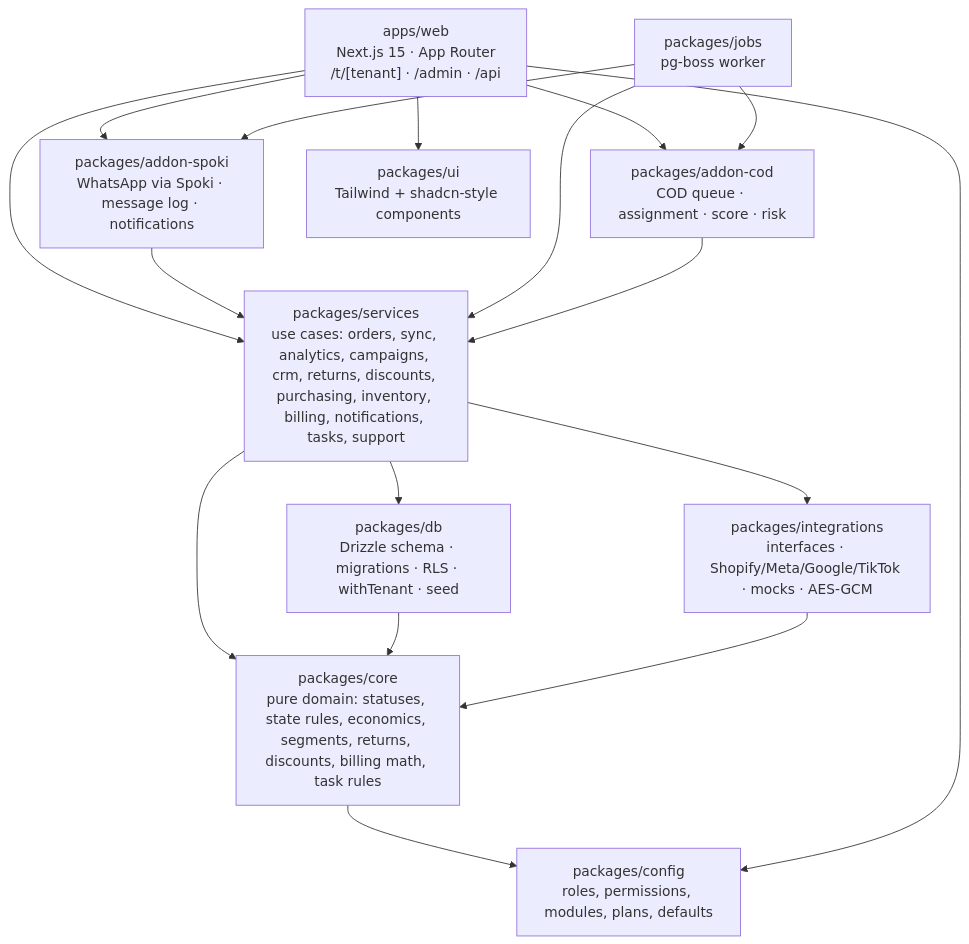
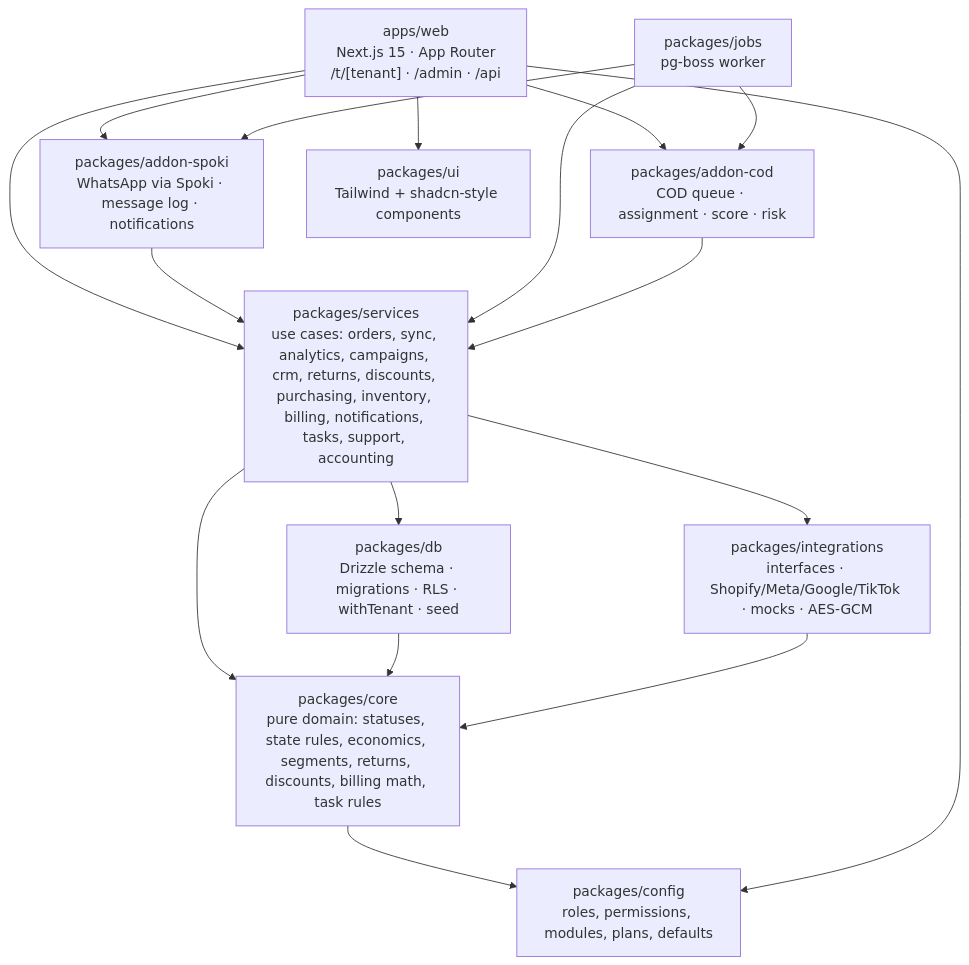
Before and after one commit to Federico1927/keel: the first of 10 diagrams in docs/ARCHITECTURE.md, drawn with Mermaid. The commit also changed other lines of this file and 61 other files, not shown here.

````diff
--- a/docs/ARCHITECTURE.md
+++ b/docs/ARCHITECTURE.md
@@ -7,31 +7,31 @@
 ```mermaid
 flowchart TD
   web["apps/web<br/>Next.js 15 · App Router<br/>/t/[tenant] · /admin · /api"]
   jobs["packages/jobs<br/>pg-boss worker"]
   cod["packages/addon-cod<br/>COD queue · assignment · score · risk"]
   %% addon.subscriptions lives in core/services/integrations behind its module flag
   spoki["packages/addon-spoki<br/>WhatsApp via Spoki · message log · notifications"]
-  services["packages/services<br/>use cases: orders, sync, analytics, campaigns, crm, returns, discounts, purchasing, inventory, billing, notifications, tasks, support"]
+  services["packages/services<br/>use cases: orders, sync, analytics, campaigns, crm, returns, discounts, purchasing, inventory, billing, notifications, tasks, support, accounting"]
   core["packages/core<br/>pure domain: statuses, state rules, economics, segments, returns, discounts, billing math, task rules"]
   db["packages/db<br/>Drizzle schema · migrations · RLS · withTenant · seed"]
   integrations["packages/integrations<br/>interfaces · Shopify/Meta/Google/TikTok · mocks · AES-GCM"]
   config["packages/config<br/>roles, permissions, modules, plans, defaults"]
   ui["packages/ui<br/>Tailwind + shadcn-style components"]
 
   web --> services
   web --> cod
   web --> spoki
   jobs --> spoki
   spoki --> services
   web --> ui
   jobs --> services
   jobs --> cod
   cod --> services
   services --> core
   services --> db
   services --> integrations
   db --> core
   integrations --> core
   core --> config
   web --> config
 ```
````
